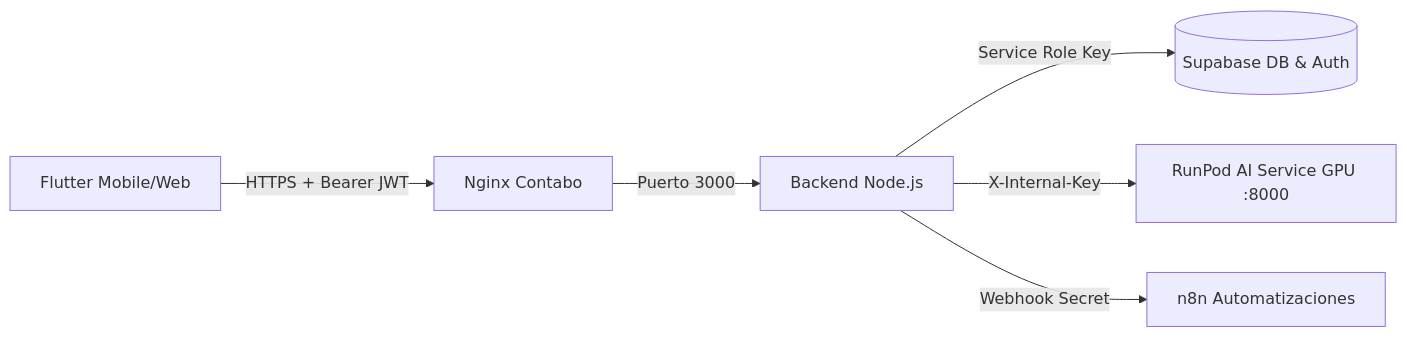
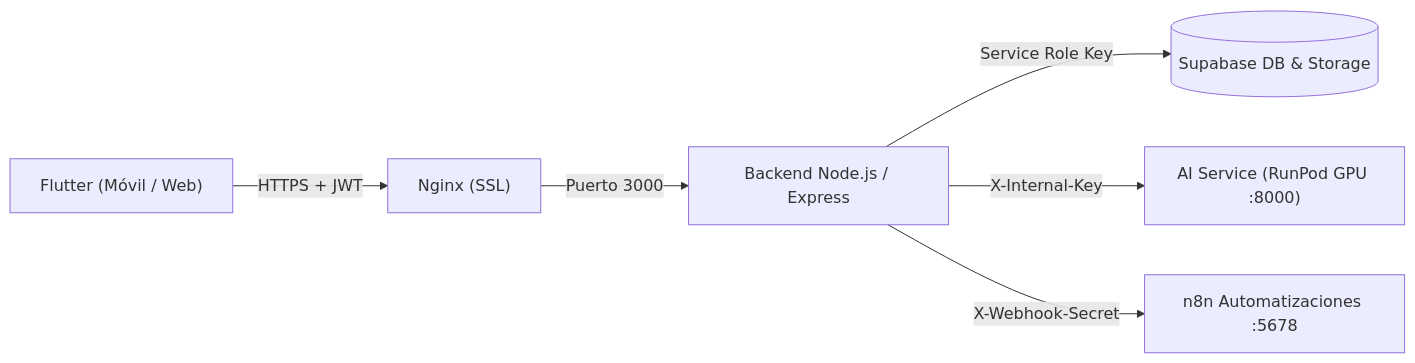
One commit to Ramon-Lop-Dev/Biomark-AI changed the diagram in backend/README.md. Above: the diagram before and after it, drawn with Mermaid. The commit also changed other lines of this file and 8 other files, not shown here.

````diff
--- a/backend/README.md
+++ b/backend/README.md
@@ -11,8 +11,8 @@
 ```mermaid
 flowchart LR
-  F[Flutter Mobile/Web] -->|HTTPS + Bearer JWT| N[Nginx Contabo]
-  N -->|Puerto 3000| B[Backend Node.js]
-  B -->|Service Role Key| S[(Supabase DB & Auth)]
-  B -->|X-Internal-Key| R[RunPod AI Service GPU :8000]
-  B -->|Webhook Secret| W[n8n Automatizaciones]
+  Cliente["Flutter (Móvil / Web)"] -->|HTTPS + JWT| Nginx["Nginx (SSL)"]
+  Nginx -->|Puerto 3000| Backend["Backend Node.js / Express"]
+  Backend -->|Service Role Key| Supabase[("Supabase DB & Storage")]
+  Backend -->|X-Internal-Key| AIService["AI Service (RunPod GPU :8000)"]
+  Backend -->|X-Webhook-Secret| N8N["n8n Automatizaciones :5678"]
 ```
````
